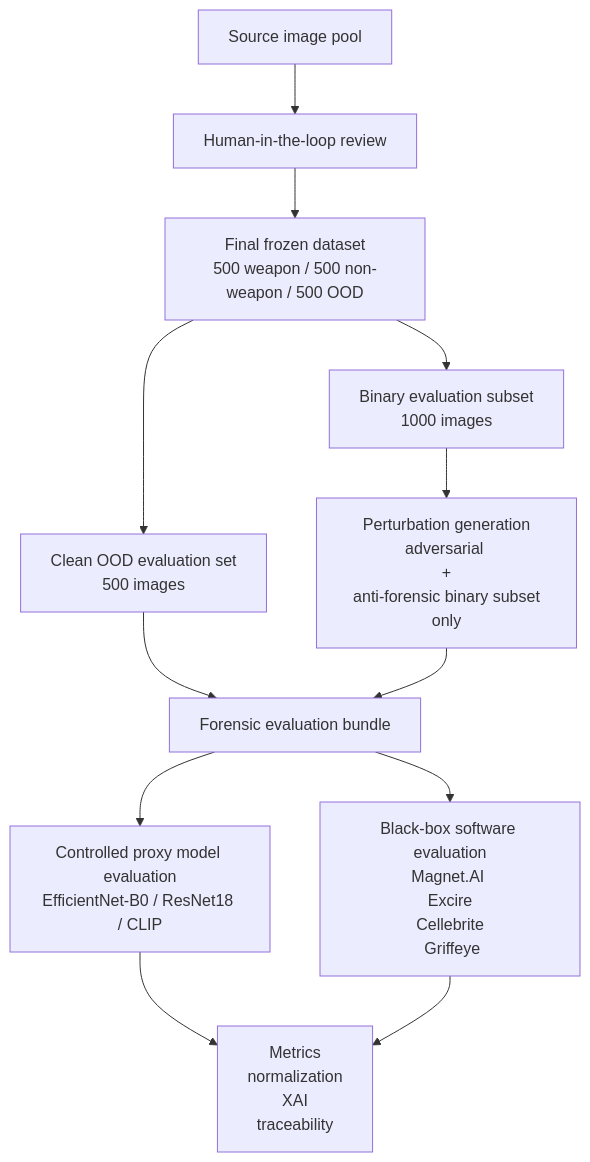
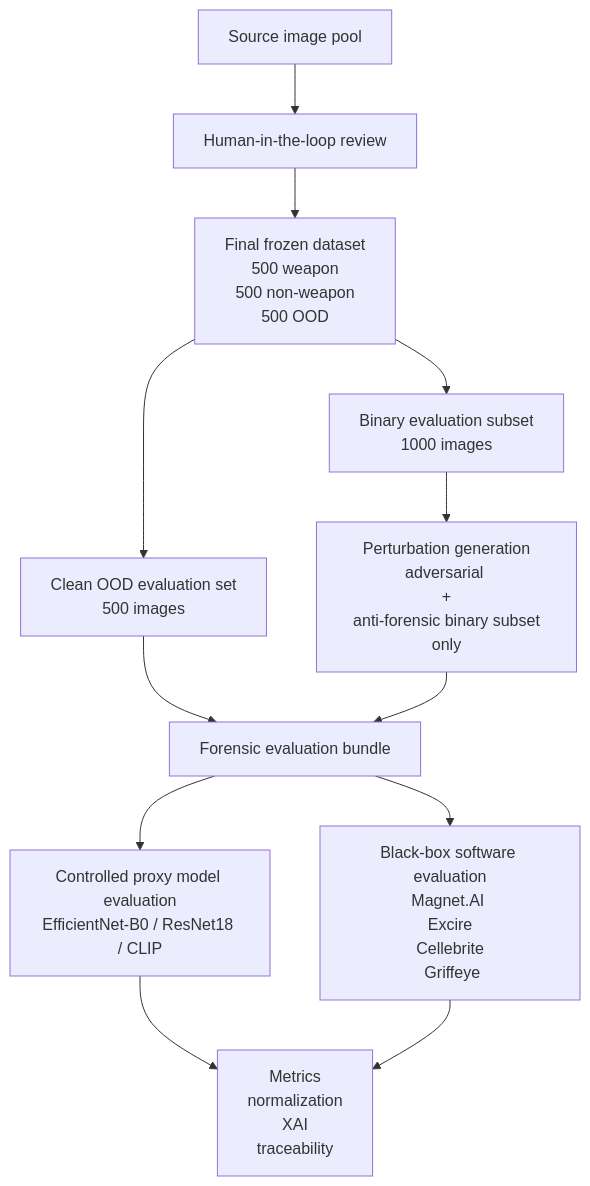
One commit to lmolinario/msc-thesis-ai-robustness-in-digital-forensics changed the second of 2 diagrams in README.md. Above: the diagram before and after it, drawn with Mermaid.

````diff
--- a/README.md
+++ b/README.md
@@ -93,29 +93,29 @@
 ```mermaid
 flowchart TD
     A[Source image pool]
     B[Human-in-the-loop review]
-    C[Final frozen dataset<br/>500 weapon / 500 non-weapon / 500 OOD]
+    C[Final frozen dataset<br/>500 weapon <br/> 500 non-weapon <br/> 500 OOD]
 
     D[Binary evaluation subset<br/>1000 images]
     E[Clean OOD evaluation set<br/>500 images]
 
     F[Perturbation generation<br/>adversarial <br/>+<br/> anti-forensic binary subset only]
 
     G[Forensic evaluation bundle]
 
     H[Controlled proxy model evaluation<br/>EfficientNet-B0 / ResNet18 / CLIP]
     I[Black-box software evaluation<br/>Magnet.AI <br/> Excire <br/> Cellebrite <br/> Griffeye]
 
     J[Metrics <br/> normalization <br/> XAI <br/> traceability]
 
     A --> B --> C
     C --> D
     C --> E
     D --> F
     E --> G
     F --> G
     G --> H
     G --> I
     H --> J
     I --> J
 ```
````
